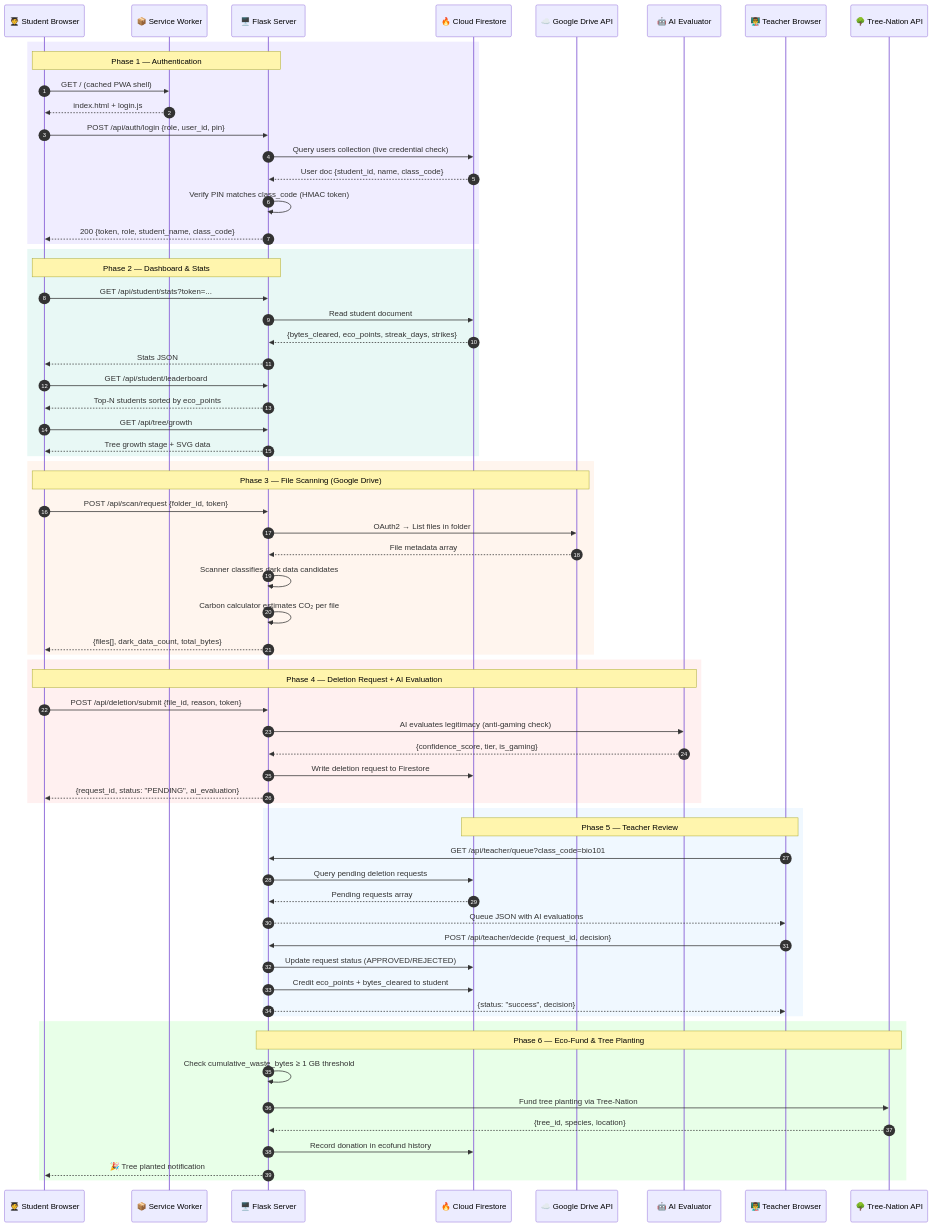
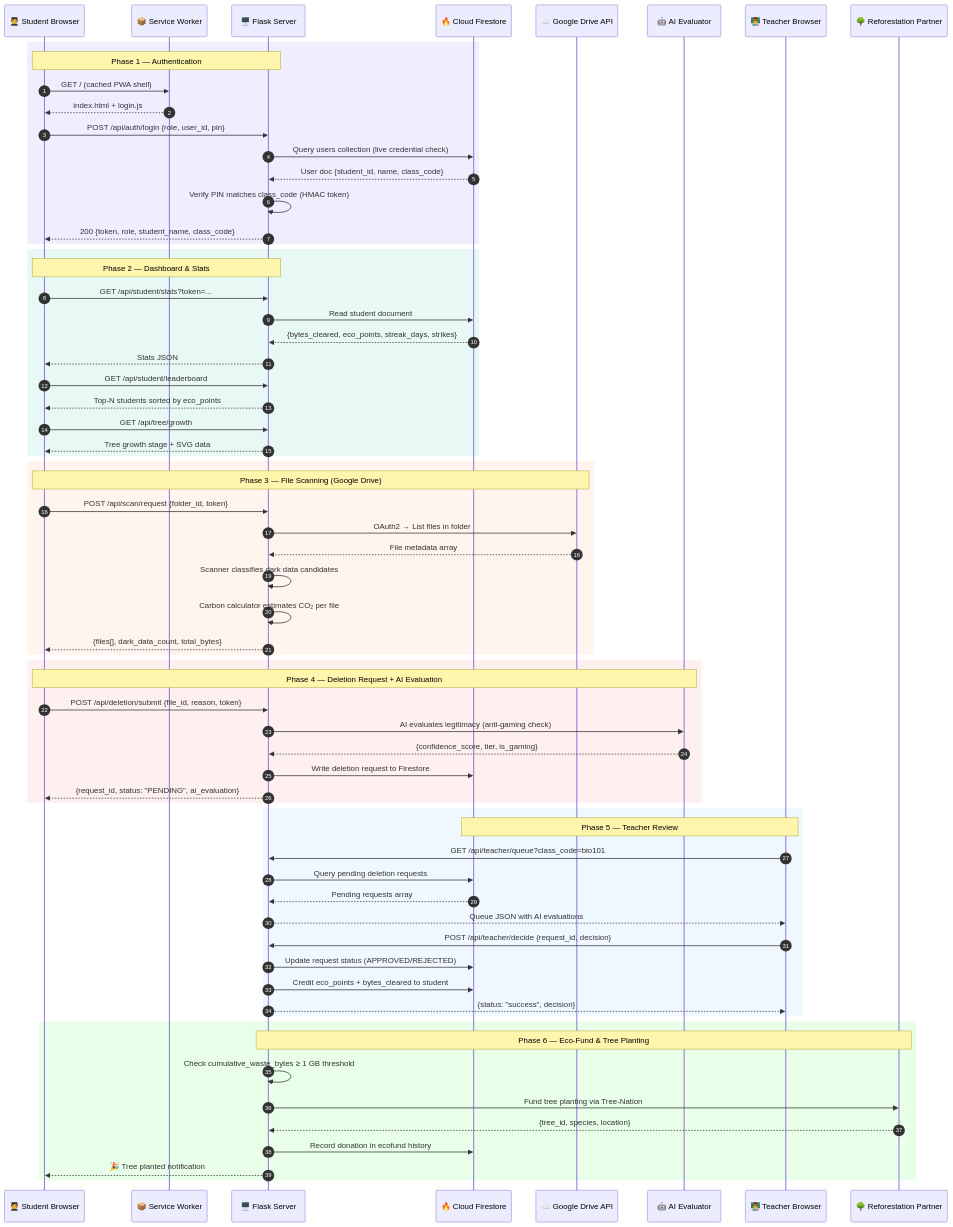
Before and after one commit to chetanrnaita-del/data-to-dirt: the first of 3 diagrams in docs/ARCHITECTURE.md, drawn with Mermaid. The commit also changed other lines of this file and 10 other files, not shown here.

Commit message:
fix(copy): remove all mentions of TreeNation API across UI, documentation, and notifications; bump to v1.7.5

````diff
--- a/docs/ARCHITECTURE.md
+++ b/docs/ARCHITECTURE.md
@@ -12,75 +12,75 @@
 ```mermaid
 sequenceDiagram
     autonumber
     participant S as 🧑‍🎓 Student Browser
     participant SW as 📦 Service Worker
     participant F as 🖥️ Flask Server
     participant FS as 🔥 Cloud Firestore
     participant GD as ☁️ Google Drive API
     participant AI as 🤖 AI Evaluator
     participant T as 👨‍🏫 Teacher Browser
-    participant TN as 🌳 Tree-Nation API
+    participant TN as 🌳 Reforestation Partner
 
     rect rgb(240, 237, 255)
     Note over S,F: Phase 1 — Authentication
     S->>SW: GET / (cached PWA shell)
     SW-->>S: index.html + login.js
     S->>F: POST /api/auth/login {role, user_id, pin}
     F->>FS: Query users collection (live credential check)
     FS-->>F: User doc {student_id, name, class_code}
     F->>F: Verify PIN matches class_code (HMAC token)
     F-->>S: 200 {token, role, student_name, class_code}
     end
 
     rect rgb(232, 248, 245)
     Note over S,F: Phase 2 — Dashboard & Stats
     S->>F: GET /api/student/stats?token=...
     F->>FS: Read student document
     FS-->>F: {bytes_cleared, eco_points, streak_days, strikes}
     F-->>S: Stats JSON
     S->>F: GET /api/student/leaderboard
     F-->>S: Top-N students sorted by eco_points
     S->>F: GET /api/tree/growth
     F-->>S: Tree growth stage + SVG data
     end
 
     rect rgb(255, 245, 238)
     Note over S,GD: Phase 3 — File Scanning (Google Drive)
     S->>F: POST /api/scan/request {folder_id, token}
     F->>GD: OAuth2 → List files in folder
     GD-->>F: File metadata array
     F->>F: Scanner classifies dark data candidates
     F->>F: Carbon calculator estimates CO₂ per file
     F-->>S: {files[], dark_data_count, total_bytes}
     end
 
     rect rgb(255, 240, 240)
     Note over S,AI: Phase 4 — Deletion Request + AI Evaluation
     S->>F: POST /api/deletion/submit {file_id, reason, token}
     F->>AI: AI evaluates legitimacy (anti-gaming check)
     AI-->>F: {confidence_score, tier, is_gaming}
     F->>FS: Write deletion request to Firestore
     F-->>S: {request_id, status: "PENDING", ai_evaluation}
     end
 
     rect rgb(240, 248, 255)
     Note over T,FS: Phase 5 — Teacher Review
     T->>F: GET /api/teacher/queue?class_code=bio101
     F->>FS: Query pending deletion requests
     FS-->>F: Pending requests array
     F-->>T: Queue JSON with AI evaluations
     T->>F: POST /api/teacher/decide {request_id, decision}
     F->>FS: Update request status (APPROVED/REJECTED)
     F->>FS: Credit eco_points + bytes_cleared to student
     F-->>T: {status: "success", decision}
     end
 
     rect rgb(232, 255, 232)
     Note over F,TN: Phase 6 — Eco-Fund & Tree Planting
     F->>F: Check cumulative_waste_bytes ≥ 1 GB threshold
     F->>TN: Fund tree planting via Tree-Nation
     TN-->>F: {tree_id, species, location}
     F->>FS: Record donation in ecofund history
     F-->>S: 🎉 Tree planted notification
     end
 ```
````
